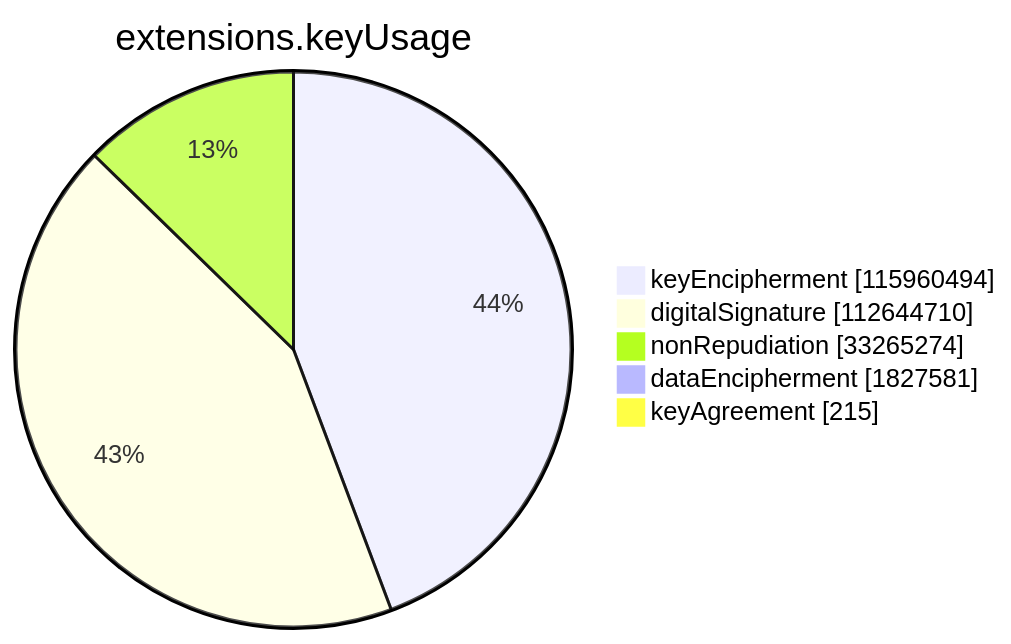
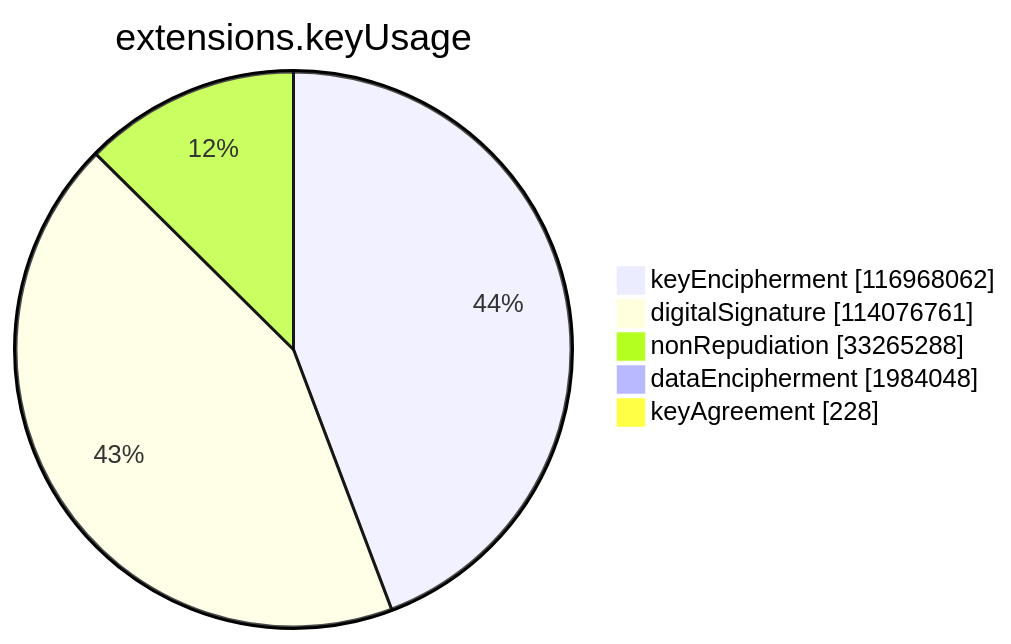
Before and after one commit to christiankrug/ctmonitor_visualization: the sixth of 15 diagrams in xenon2023/README.md, drawn with Mermaid. The commit also changed other lines of this file, not shown here.

````diff
--- a/xenon2023/README.md
+++ b/xenon2023/README.md
@@ -2137,9 +2137,9 @@
 ```mermaid
 pie showData
 title extensions.keyUsage
-"keyEncipherment" :115960494
-"digitalSignature" :112644710
-"nonRepudiation" :33265274
-"dataEncipherment" :1827581
-"keyAgreement" :215
+"keyEncipherment" :116968062
+"digitalSignature" :114076761
+"nonRepudiation" :33265288
+"dataEncipherment" :1984048
+"keyAgreement" :228
 ```
````
